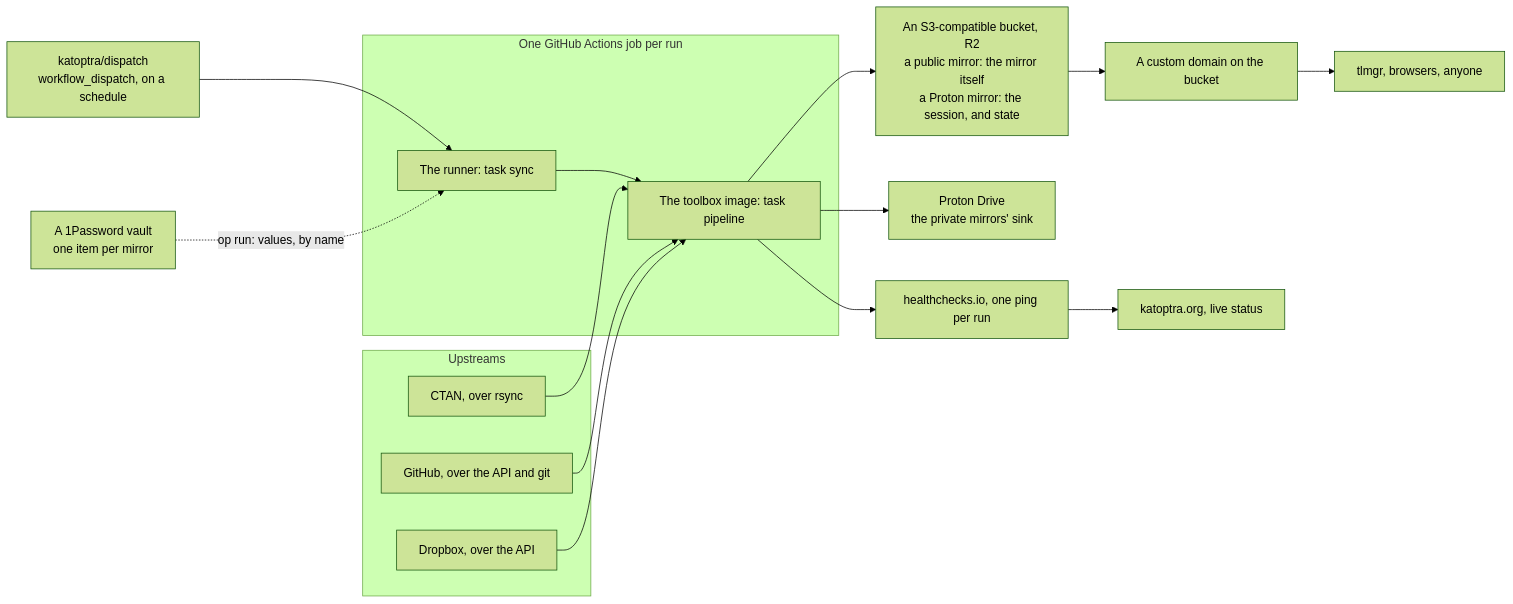
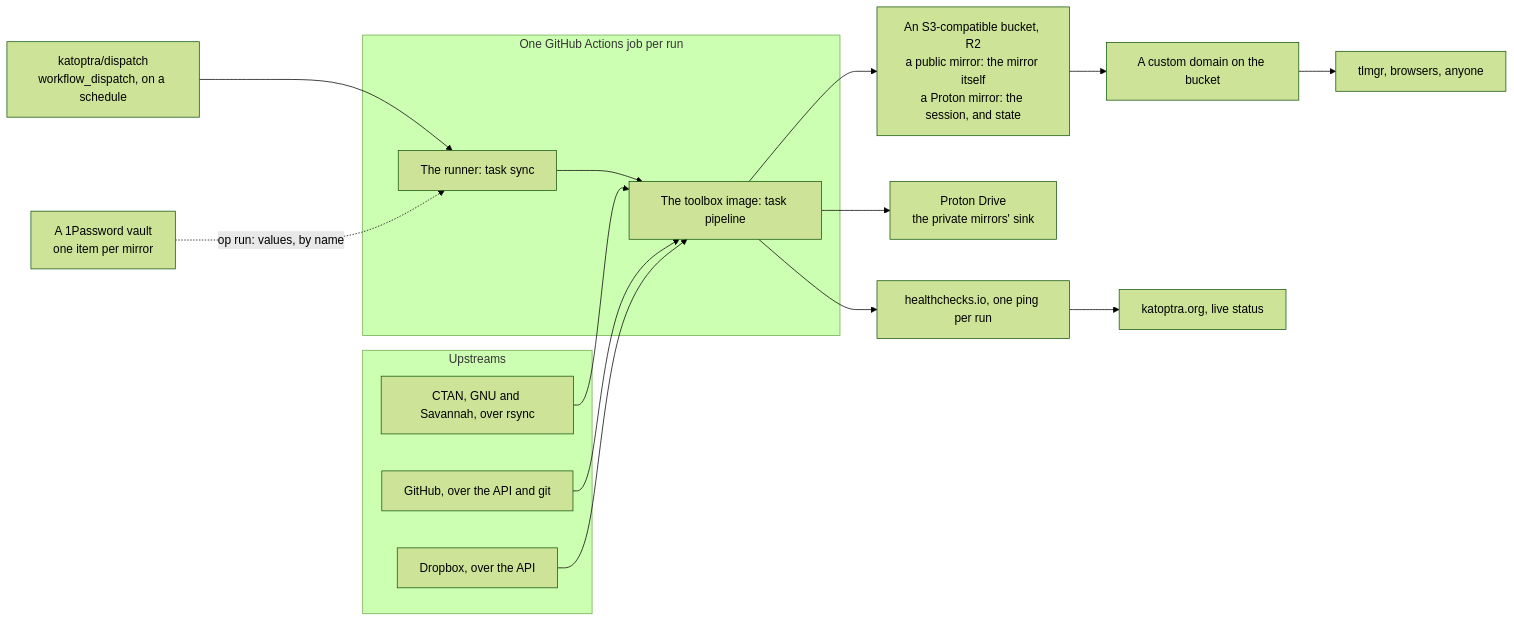
One commit to katoptra/lib changed the first of 12 diagrams in README.md. Above: the diagram before and after it, drawn with Mermaid (forest theme). The commit also changed other lines of this file and 3 other files, not shown here.

````diff
--- a/README.md
+++ b/README.md
@@ -32,20 +39,20 @@
 ```mermaid
 flowchart LR
   subgraph up["Upstreams"]
-    u1["CTAN, over rsync"]
+    u1["CTAN, GNU and Savannah, over rsync"]
     u2["GitHub, over the API and git"]
     u3["Dropbox, over the API"]
   end
   sched["katoptra/dispatch<br/>workflow_dispatch, on a schedule"] --> host
   subgraph job["One GitHub Actions job per run"]
     host["The runner: task sync"] --> box["The toolbox image: task pipeline"]
   end
   vault["A 1Password vault<br/>one item per mirror"] -. "op run: values, by name" .-> host
   u1 --> box
   u2 --> box
   u3 --> box
   box --> r2["An S3-compatible bucket, R2<br/>a public mirror: the mirror itself<br/>a Proton mirror: the session, and state"]
   box --> pd["Proton Drive<br/>the private mirrors' sink"]
   r2 --> cf["A custom domain on the bucket"] --> cl["tlmgr, browsers, anyone"]
   box --> hc["healthchecks.io, one ping per run"] --> site["katoptra.org, live status"]
 ```
````
